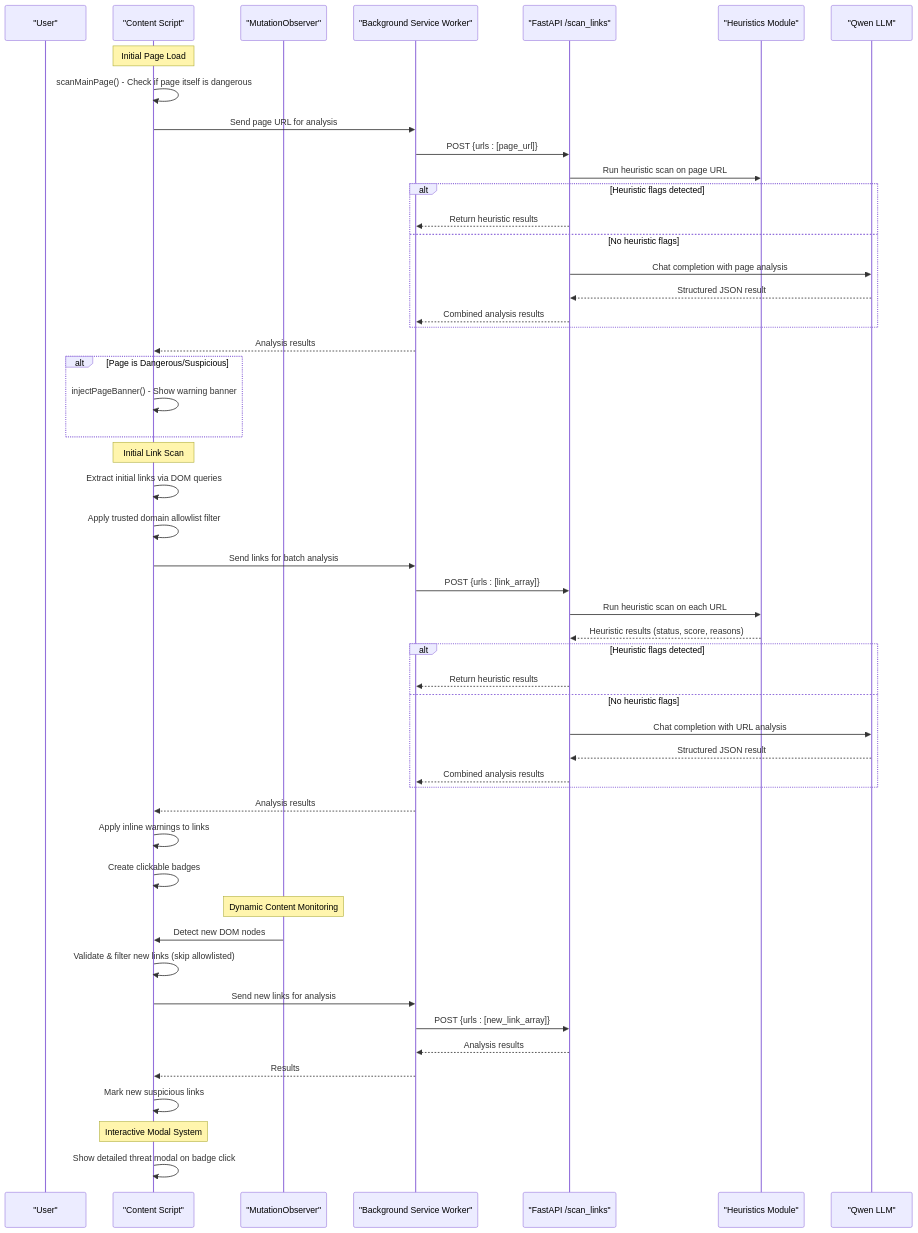
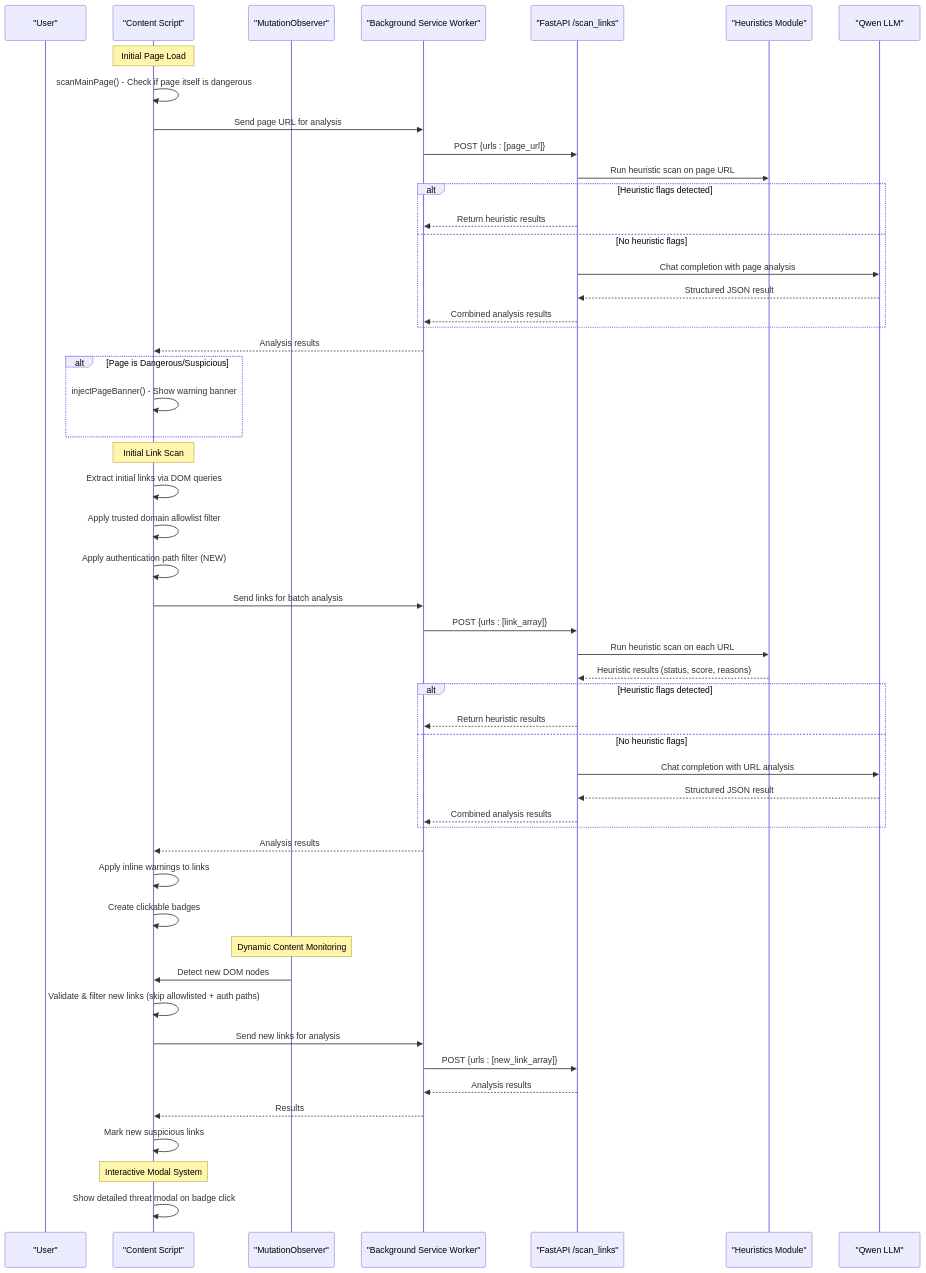
One commit to Aymanaahh/scrollguard-ai changed the second of 7 diagrams in .qoder/repowiki/en/content/Chrome Extension Development.md. Above: the diagram before and after it, drawn with Mermaid. The commit also changed other lines of this file and 33 other files, not shown here.

````diff
--- a/.qoder/repowiki/en/content/Chrome Extension Development.md
+++ b/.qoder/repowiki/en/content/Chrome Extension Development.md
@@ -114,53 +116,54 @@
 ```mermaid
 sequenceDiagram
 participant User as "User"
 participant CS as "Content Script"
 participant MO as "MutationObserver"
 participant BG as "Background Service Worker"
 participant API as "FastAPI /scan_links"
 participant HEUR as "Heuristics Module"
 participant LLM as "Qwen LLM"
 Note over CS : Initial Page Load
 CS->>CS : scanMainPage() - Check if page itself is dangerous
 CS->>BG : Send page URL for analysis
 BG->>API : POST {urls : [page_url]}
 API->>HEUR : Run heuristic scan on page URL
 alt Heuristic flags detected
 API-->>BG : Return heuristic results
 else No heuristic flags
 API->>LLM : Chat completion with page analysis
 LLM-->>API : Structured JSON result
 API-->>BG : Combined analysis results
 end
 BG-->>CS : Analysis results
 alt Page is Dangerous/Suspicious
 CS->>CS : injectPageBanner() - Show warning banner
 end
 Note over CS : Initial Link Scan
 CS->>CS : Extract initial links via DOM queries
 CS->>CS : Apply trusted domain allowlist filter
+CS->>CS : Apply authentication path filter (NEW)
 CS->>BG : Send links for batch analysis
 BG->>API : POST {urls : [link_array]}
 API->>HEUR : Run heuristic scan on each URL
 HEUR-->>API : Heuristic results (status, score, reasons)
 alt Heuristic flags detected
 API-->>BG : Return heuristic results
 else No heuristic flags
 API->>LLM : Chat completion with URL analysis
 LLM-->>API : Structured JSON result
 API-->>BG : Combined analysis results
 end
 BG-->>CS : Analysis results
 CS->>CS : Apply inline warnings to links
 CS->>CS : Create clickable badges
 Note over MO : Dynamic Content Monitoring
 MO->>CS : Detect new DOM nodes
-CS->>CS : Validate & filter new links (skip allowlisted)
+CS->>CS : Validate & filter new links (skip allowlisted + auth paths)
 CS->>BG : Send new links for analysis
 BG->>API : POST {urls : [new_link_array]}
 API-->>BG : Analysis results
 BG-->>CS : Results
 CS->>CS : Mark new suspicious links
 Note over CS : Interactive Modal System
 CS->>CS : Show detailed threat modal on badge click
 ```
````
